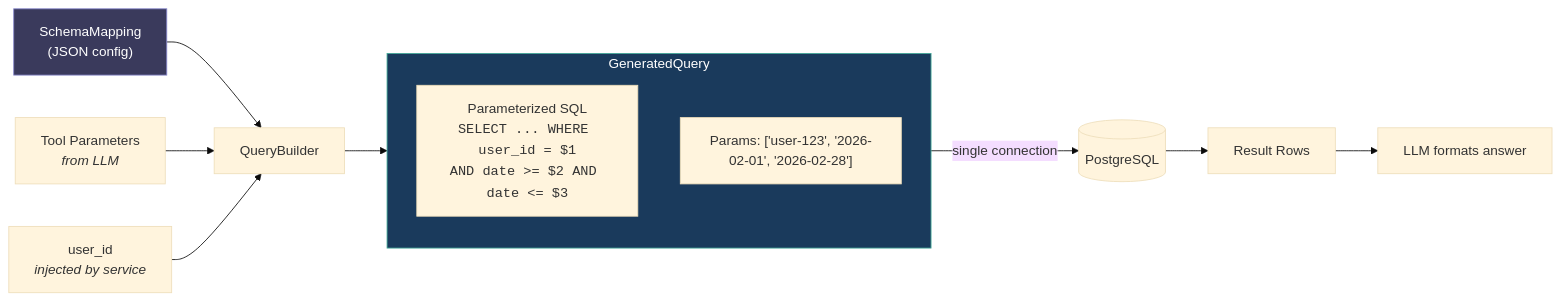
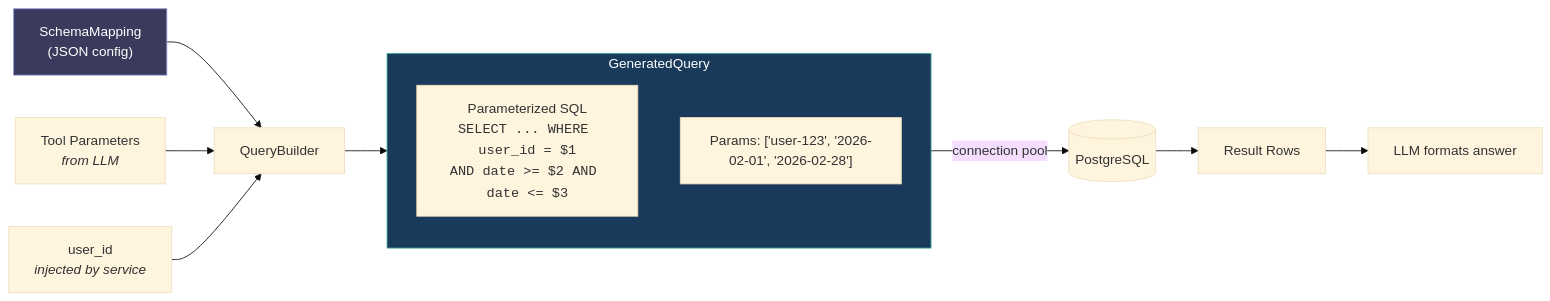
Before and after one commit to maxibove13/finance-query-agent: the fifth of 8 diagrams in README.md, drawn with Mermaid (base theme). The commit also changed other lines of this file, not shown here.

Commit message:
docs: update README with visualization agent and current architecture

````diff
--- a/README.md
+++ b/README.md
@@ -136,20 +181,20 @@
 ```mermaid
 graph LR
     SM["SchemaMapping<br/>(JSON config)"] --> QB[QueryBuilder]
     TP["Tool Parameters<br/><i>from LLM</i>"] --> QB
     UID["user_id<br/><i>injected by service</i>"] --> QB
 
     QB --> GQ["GeneratedQuery"]
 
     subgraph GQ["GeneratedQuery"]
         SQL["Parameterized SQL<br/><code>SELECT ... WHERE user_id = $1<br/>AND date >= $2 AND date <= $3</code>"]
         PARAMS["Params: ['user-123', '2026-02-01', '2026-02-28']"]
     end
 
-    GQ -->|single connection| PG[(PostgreSQL)]
+    GQ -->|connection pool| PG[(PostgreSQL)]
     PG --> ROWS[Result Rows]
     ROWS --> LLM[LLM formats answer]
 
     style SM fill:#3a3a5c,stroke:#88c,color:#fff
     style GQ fill:#1a3a5c,stroke:#4a9,color:#fff
 ```
````
